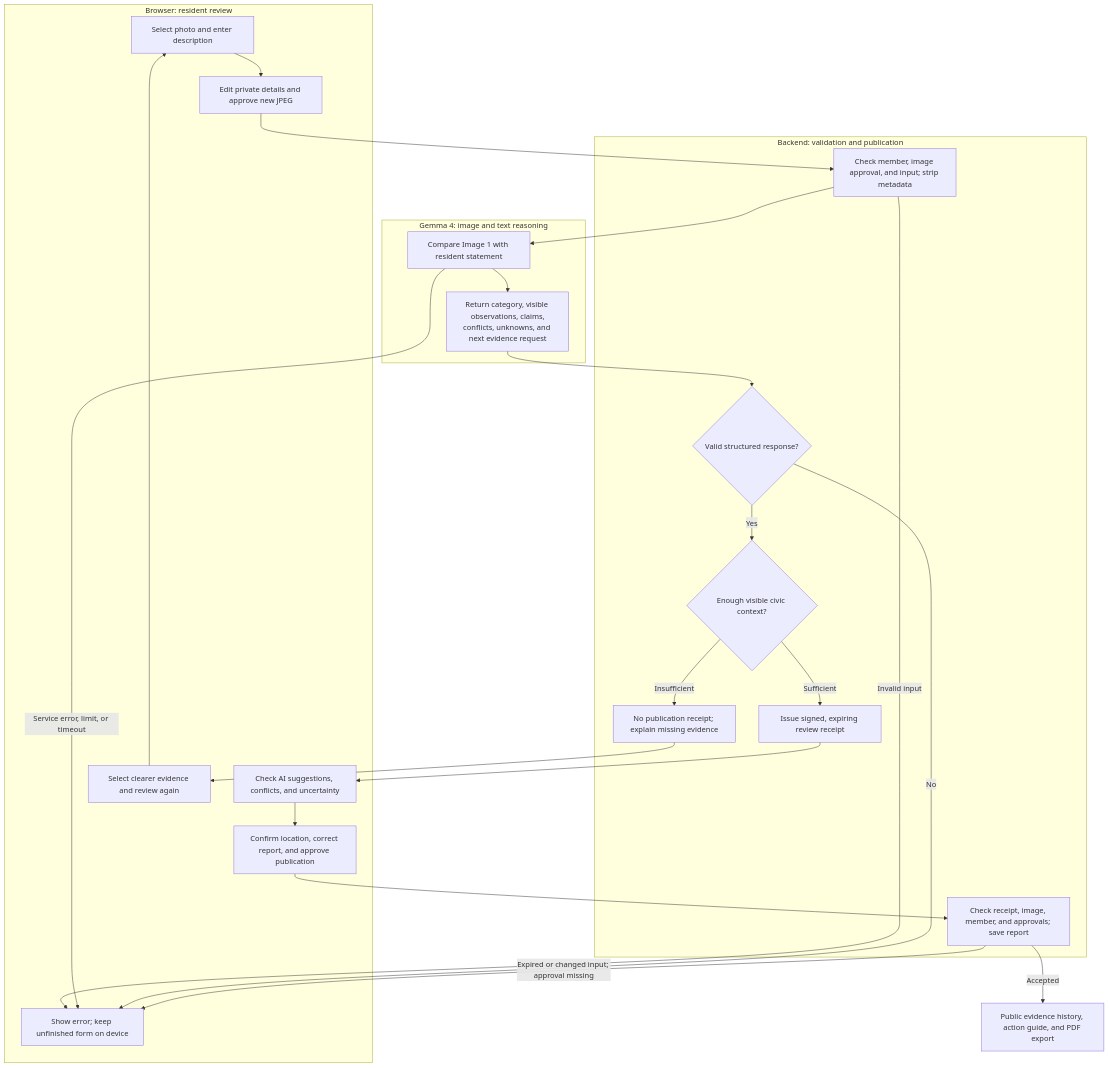
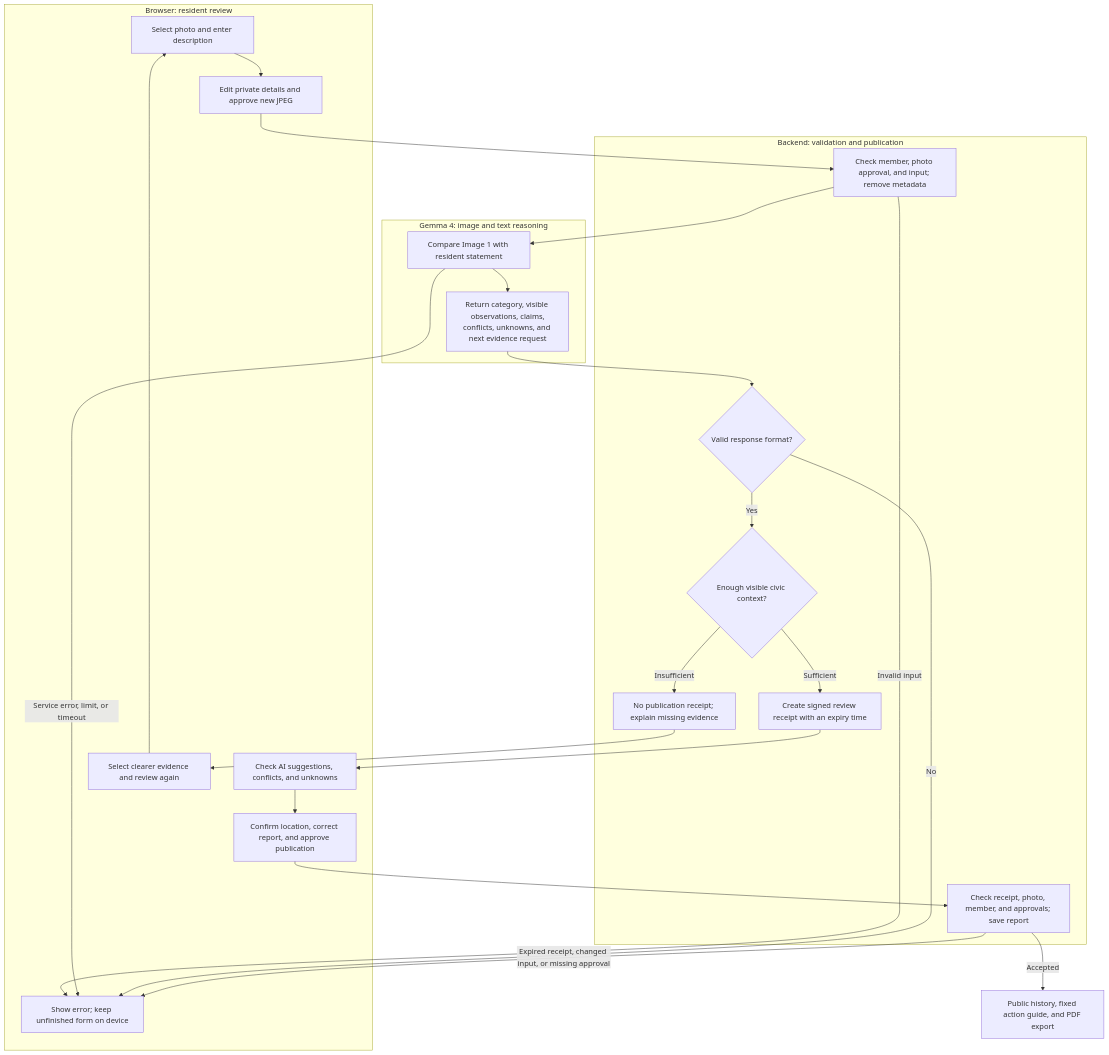
Before and after one commit to sasivarnan/civic-lens: the second of 2 diagrams in README.md, drawn with Mermaid. The commit also changed other lines of this file, not shown here.

````diff
--- a/README.md
+++ b/README.md
@@ -76,38 +93,38 @@
 ```mermaid
 flowchart TD
     subgraph DEVICE["Browser: resident review"]
         INPUT["Select photo and enter description"]
         PRIVACY["Edit private details and approve new JPEG"]
-        HUMAN["Check AI suggestions, conflicts, and uncertainty"]
+        HUMAN["Check AI suggestions, conflicts, and unknowns"]
         DECIDE["Confirm location, correct report, and approve publication"]
         MORE["Select clearer evidence and review again"]
         ERROR["Show error; keep unfinished form on device"]
         INPUT --> PRIVACY
         HUMAN --> DECIDE
         MORE --> INPUT
     end
     subgraph SERVER["Backend: validation and publication"]
-        VALIDATE["Check member, image approval, and input; strip metadata"]
-        FORMAT{"Valid structured response?"}
+        VALIDATE["Check member, photo approval, and input; remove metadata"]
+        FORMAT{"Valid response format?"}
         ENOUGH{"Enough visible civic context?"}
-        RECEIPT["Issue signed, expiring review receipt"]
+        RECEIPT["Create signed review receipt with an expiry time"]
         BLOCK["No publication receipt; explain missing evidence"]
-        SAVE["Check receipt, image, member, and approvals; save report"]
+        SAVE["Check receipt, photo, member, and approvals; save report"]
     end
     subgraph MODEL["Gemma 4: image and text reasoning"]
         COMPARE["Compare Image 1 with resident statement"]
         FINDINGS["Return category, visible observations, claims,<br/>conflicts, unknowns, and next evidence request"]
         COMPARE --> FINDINGS
     end
     PRIVACY --> VALIDATE --> COMPARE
     VALIDATE -->|"Invalid input"| ERROR
     COMPARE -->|"Service error, limit, or timeout"| ERROR
     FINDINGS --> FORMAT
     FORMAT -->|"No"| ERROR
     FORMAT -->|"Yes"| ENOUGH
     ENOUGH -->|"Insufficient"| BLOCK --> MORE
     ENOUGH -->|"Sufficient"| RECEIPT --> HUMAN
     DECIDE --> SAVE
-    SAVE -->|"Expired or changed input; approval missing"| ERROR
-    SAVE -->|"Accepted"| PUBLIC["Public evidence history, action guide, and PDF export"]
+    SAVE -->|"Expired receipt, changed input, or missing approval"| ERROR
+    SAVE -->|"Accepted"| PUBLIC["Public history, fixed action guide, and PDF export"]
 ```
````
